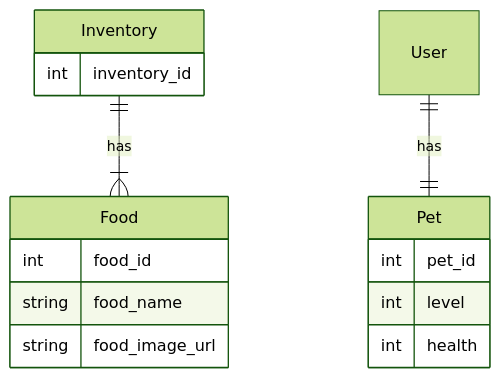
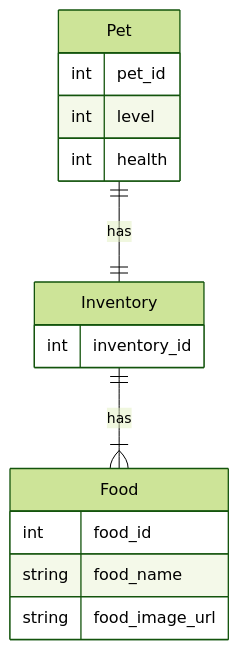
One commit to Capstone-Projects-2024-Spring/project-smartweights changed the second of 2 diagrams in documentation/docs/system-architecture/database-diagrams.md. Above: the diagram before and after it, drawn with Mermaid (forest theme).

Commit message:
Update database-diagrams.md
fix

````diff
--- a/documentation/docs/system-architecture/database-diagrams.md
+++ b/documentation/docs/system-architecture/database-diagrams.md
@@ -123,18 +123,18 @@
 ```mermaid
 erDiagram
  Pet{
         int pet_id
         int level
         int health
     }
  Inventory{
         int inventory_id
     }
     Food{
         int food_id
         string food_name
         string food_image_url
     }
- User ||--||Pet:has
+  Pet ||--||Inventory: has
  Inventory ||--|{ Food: has 
 ```
````
